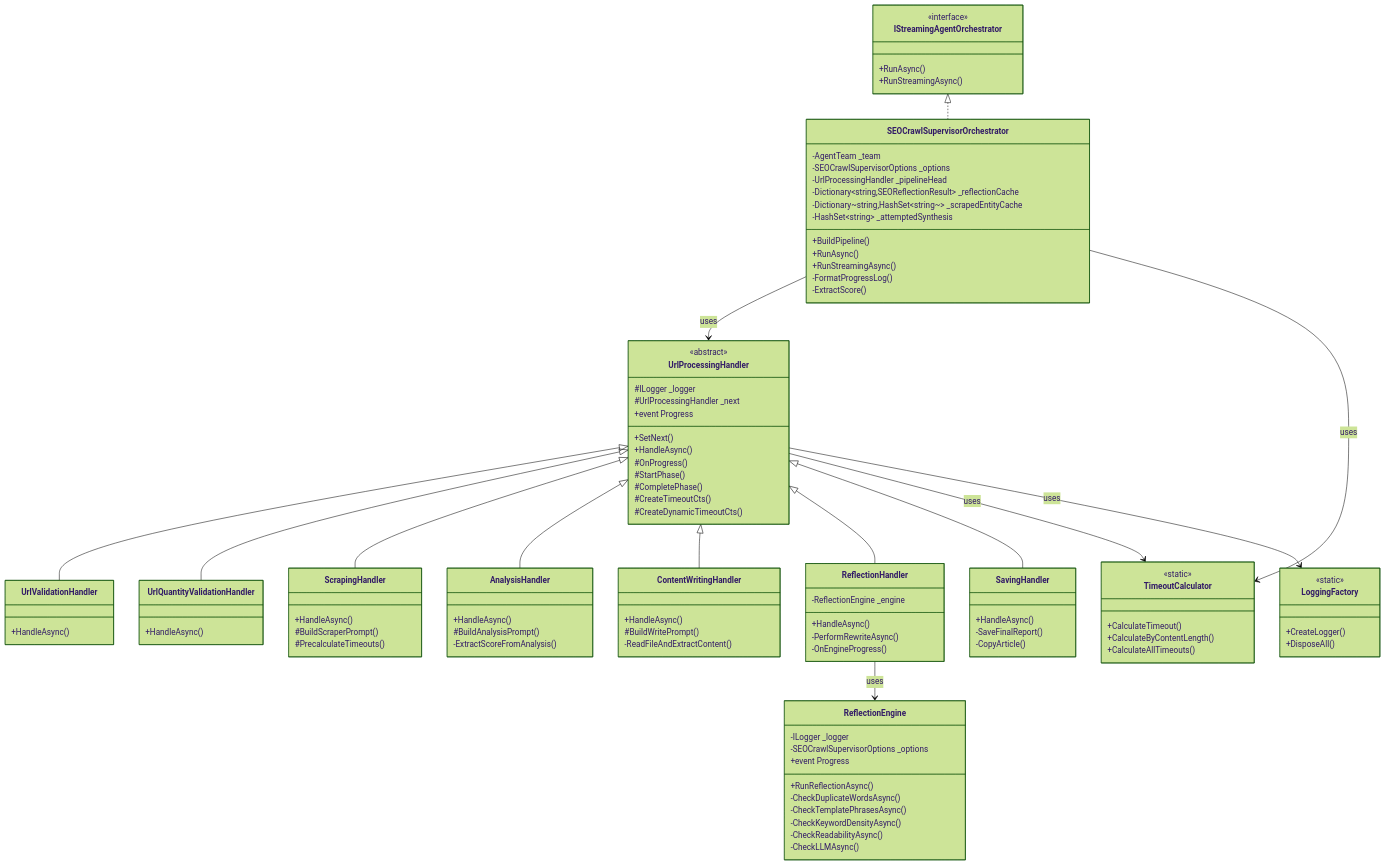
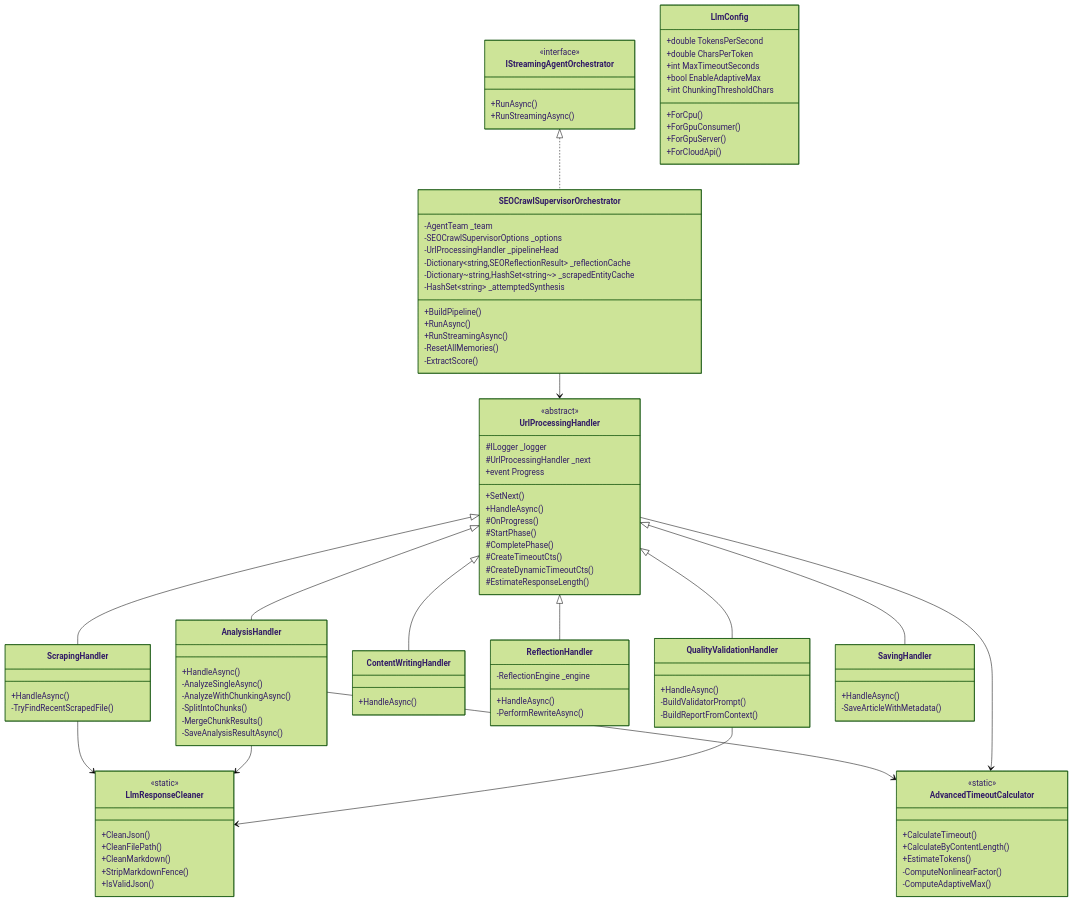
Before and after one commit to hoangnc/VNMLAgentFramework: the fourth of 11 diagrams in SEO_Architecture_Design_VN.md, drawn with Mermaid (forest theme). The commit also changed other lines of this file, not shown here.

````diff
--- a/SEO_Architecture_Design_VN.md
+++ b/SEO_Architecture_Design_VN.md
@@ -171,7 +199,7 @@
         +RunAsync()
         +RunStreamingAsync()
     }
-    
+
     class SEOCrawlSupervisorOrchestrator {
         -AgentTeam _team
         -SEOCrawlSupervisorOptions _options
@@ -182,10 +210,10 @@
         +BuildPipeline()
         +RunAsync()
         +RunStreamingAsync()
-        -FormatProgressLog()
+        -ResetAllMemories()
         -ExtractScore()
     }
-    
+
     class UrlProcessingHandler {
         <<abstract>>
         #ILogger _logger
@@ -198,83 +226,85 @@
         #CompletePhase()
         #CreateTimeoutCts()
         #CreateDynamicTimeoutCts()
+        #EstimateResponseLength()
     }
-    
-    class UrlValidationHandler {
+
+    class ScrapingHandler {
+        +HandleAsync()
+        -TryFindRecentScrapedFile()
+    }
+
+    class AnalysisHandler {
+        +HandleAsync()
+        -AnalyzeSingleAsync()
+        -AnalyzeWithChunkingAsync()
+        -SplitIntoChunks()
+        -MergeChunkResults()
+        -SaveAnalysisResultAsync()
+    }
+
+    class ContentWritingHandler {
         +HandleAsync()
     }
-    
-    class UrlQuantityValidationHandler {
-        +HandleAsync()
-    }
-    
-    class ScrapingHandler {
-        +HandleAsync()
-        #BuildScraperPrompt()
-        #PrecalculateTimeouts()
-    }
-    
-    class AnalysisHandler {
-        +HandleAsync()
-        #BuildAnalysisPrompt()
-        -ExtractScoreFromAnalysis()
-    }
-    
-    class ContentWritingHandler {
-        +HandleAsync()
-        #BuildWritePrompt()
-        -ReadFileAndExtractContent()
-    }
-    
+
     class ReflectionHandler {
         -ReflectionEngine _engine
         +HandleAsync()
         -PerformRewriteAsync()
-        -OnEngineProgress()
     }
-    
-    class ReflectionEngine {
-        -ILogger _logger
-        -SEOCrawlSupervisorOptions _options
-        +event Progress
-        +RunReflectionAsync()
-        -CheckDuplicateWordsAsync()
-        -CheckTemplatePhrasesAsync()
-        -CheckKeywordDensityAsync()
-        -CheckReadabilityAsync()
-        -CheckLLMAsync()
+
+    class QualityValidationHandler {
+        +HandleAsync()
+        -BuildValidatorPrompt()
+        -BuildReportFromContext()
     }
-    
+
     class SavingHandler {
         +HandleAsync()
-        -SaveFinalReport()
-        -CopyArticle()
+        -SaveArticleWithMetadata()
     }
-    
-    class TimeoutCalculator {
+
+    class AdvancedTimeoutCalculator {
         <<static>>
         +CalculateTimeout()
         +CalculateByContentLength()
-        +CalculateAllTimeouts()
+        +EstimateTokens()
+        -ComputeNonlinearFactor()
+        -ComputeAdaptiveMax()
     }
-    
-    class LoggingFactory {
+
+    class LlmResponseCleaner {
         <<static>>
-        +CreateLogger()
-        +DisposeAll()
+        +CleanJson()
+        +CleanFilePath()
+        +CleanMarkdown()
+        +StripMarkdownFence()
+        +IsValidJson()
     }
-    
+
+    class LlmConfig {
+        +double TokensPerSecond
+        +double CharsPerToken
+        +int MaxTimeoutSeconds
+        +bool EnableAdaptiveMax
+        +int ChunkingThresholdChars
+        +ForCpu()
+        +ForGpuConsumer()
+        +ForGpuServer()
+        +ForCloudApi()
+    }
+
     IStreamingAgentOrchestrator <|.. SEOCrawlSupervisorOrchestrator
-    SEOCrawlSupervisorOrchestrator --> UrlProcessingHandler : uses
-    UrlProcessingHandler <|-- UrlValidationHandler
-    UrlProcessingHandler <|-- UrlQuantityValidationHandler
+    SEOCrawlSupervisorOrchestrator --> UrlProcessingHandler
     UrlProcessingHandler <|-- ScrapingHandler
     UrlProcessingHandler <|-- AnalysisHandler
     UrlProcessingHandler <|-- ContentWritingHandler
     UrlProcessingHandler <|-- ReflectionHandler
+    UrlProcessingHandler <|-- QualityValidationHandler
     UrlProcessingHandler <|-- SavingHandler
-    ReflectionHandler --> ReflectionEngine : uses
-    SEOCrawlSupervisorOrchestrator --> TimeoutCalculator : uses
-    UrlProcessingHandler --> TimeoutCalculator : uses
-    UrlProcessingHandler --> LoggingFactory : uses
+    ScrapingHandler --> LlmResponseCleaner
+    AnalysisHandler --> AdvancedTimeoutCalculator
+    AnalysisHandler --> LlmResponseCleaner
+    QualityValidationHandler --> LlmResponseCleaner
+    UrlProcessingHandler --> AdvancedTimeoutCalculator
 ```
````
